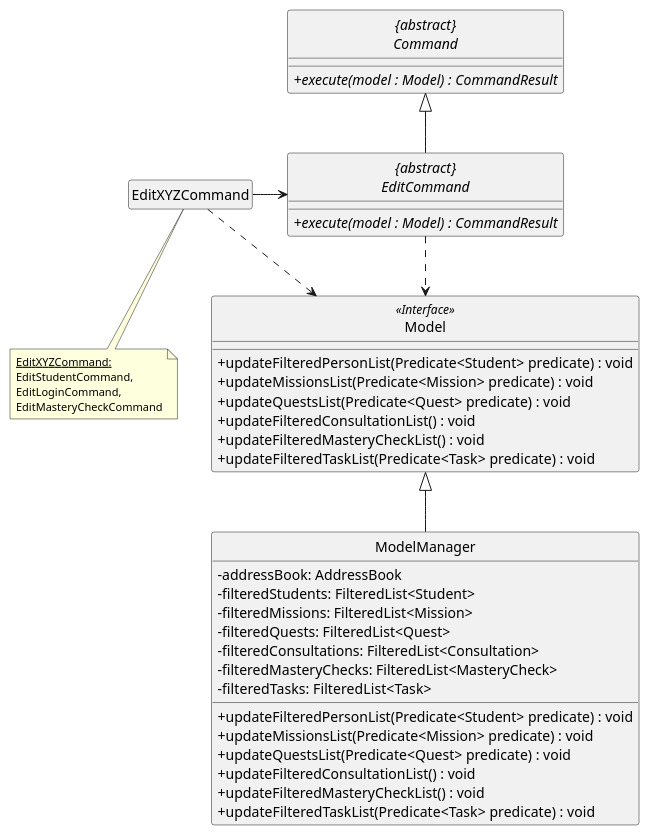
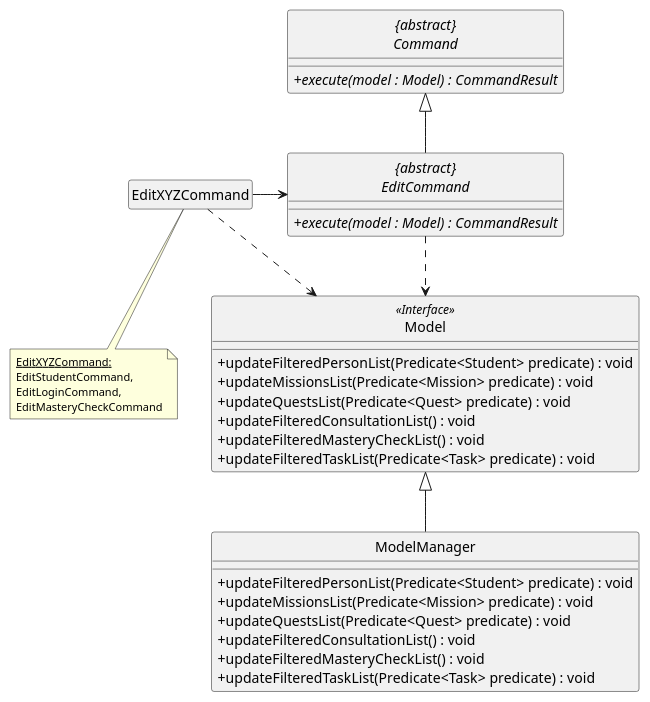
One commit to wireseo/tp changed the diagram in docs/diagrams/EditCommandClassDiagram.puml. Above: the diagram before and after it, drawn with PlantUML. The commit also changed 1 other file, not shown here.

```diff
--- a/docs/diagrams/EditCommandClassDiagram.puml
+++ b/docs/diagrams/EditCommandClassDiagram.puml
@@ -1,64 +1,57 @@
 @startuml
 skinparam backgroundColor #ffffff
 skinparam classAttributeIconSize 0
 hide circle
 
 abstract class "{abstract}\nCommand" {
     + {abstract} execute(model : Model) : CommandResult
 }
 
 class Model <<Interface>> {
     /' Methods '/
     + updateFilteredPersonList(Predicate<Student> predicate) : void
     + updateMissionsList(Predicate<Mission> predicate) : void
     + updateQuestsList(Predicate<Quest> predicate) : void
     + updateFilteredConsultationList() : void
     + updateFilteredMasteryCheckList() : void
     + updateFilteredTaskList(Predicate<Task> predicate) : void
 }
 
 class ModelManager {
     /' Attributes '/
-    - addressBook: AddressBook
-    - filteredStudents: FilteredList<Student>
-    - filteredMissions: FilteredList<Mission>
-    - filteredQuests: FilteredList<Quest>
-    - filteredConsultations: FilteredList<Consultation>
-    - filteredMasteryChecks: FilteredList<MasteryCheck>
-    - filteredTasks: FilteredList<Task>
 
     /' Methods '/
     + updateFilteredPersonList(Predicate<Student> predicate) : void
     + updateMissionsList(Predicate<Mission> predicate) : void
     + updateQuestsList(Predicate<Quest> predicate) : void
     + updateFilteredConsultationList() : void
     + updateFilteredMasteryCheckList() : void
     + updateFilteredTaskList(Predicate<Task> predicate) : void
 }
 
 abstract class "{abstract}\nEditCommand"{
     /' Attributes '/
 
     /' Methods '/
     + {abstract} execute(model : Model) : CommandResult
 }
 
 class EditXYZCommand
 hide EditXYZCommand attributes
 hide EditXYZCommand methods
 
 note as N1
   <size: 11><u>EditXYZCommand:</size>
   <size: 11>EditStudentCommand,</size>
   <size: 11>EditLoginCommand,</size>
   <size: 11>EditMasteryCheckCommand</size>
 end note
 
 N1 .up. EditXYZCommand
 
 "{abstract}\nEditCommand" ..> Model
 "{abstract}\nEditCommand" --up|> "{abstract}\nCommand"
 EditXYZCommand -> "{abstract}\nEditCommand"
 "EditXYZCommand" ..> Model
 ModelManager --up|> Model
 @enduml
```
